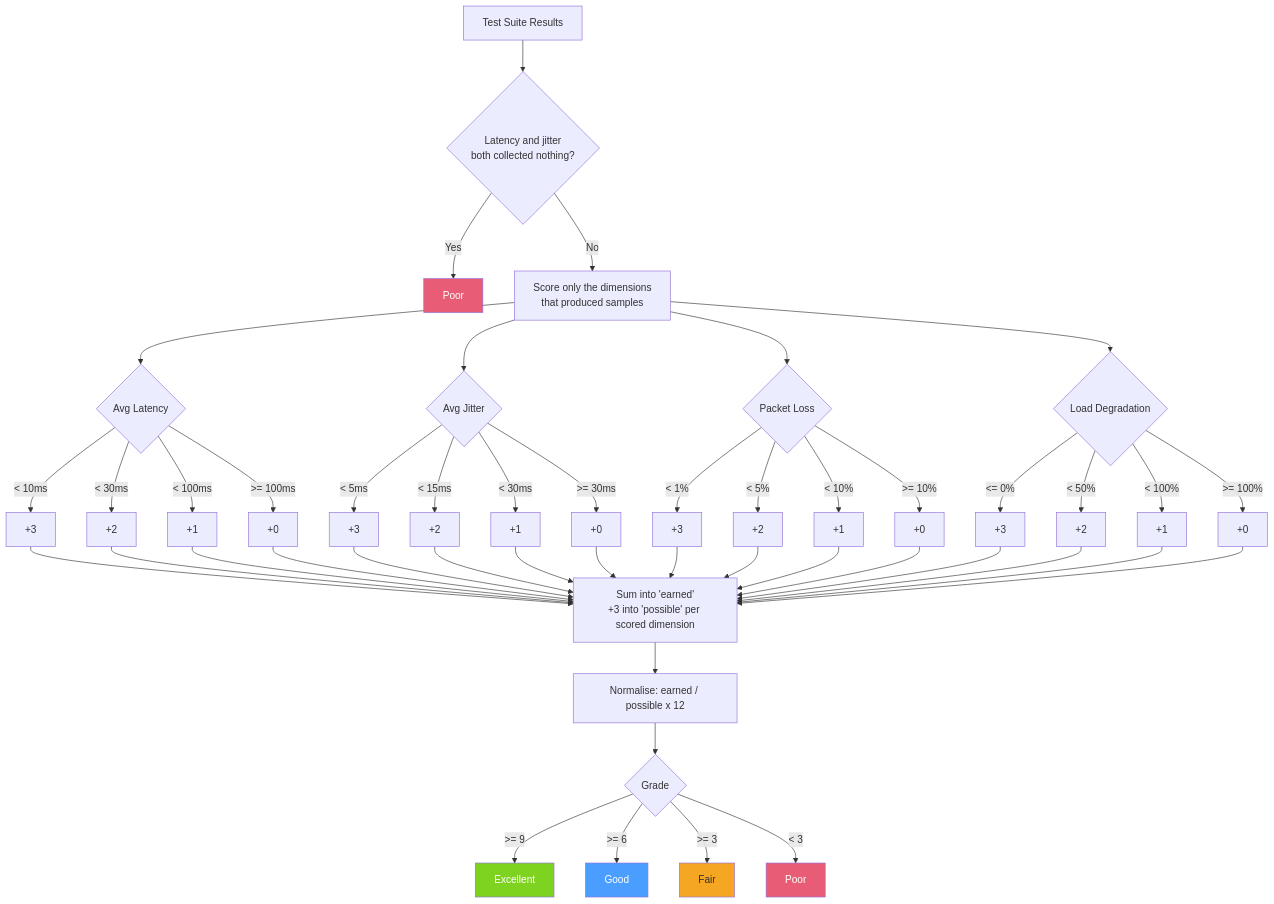
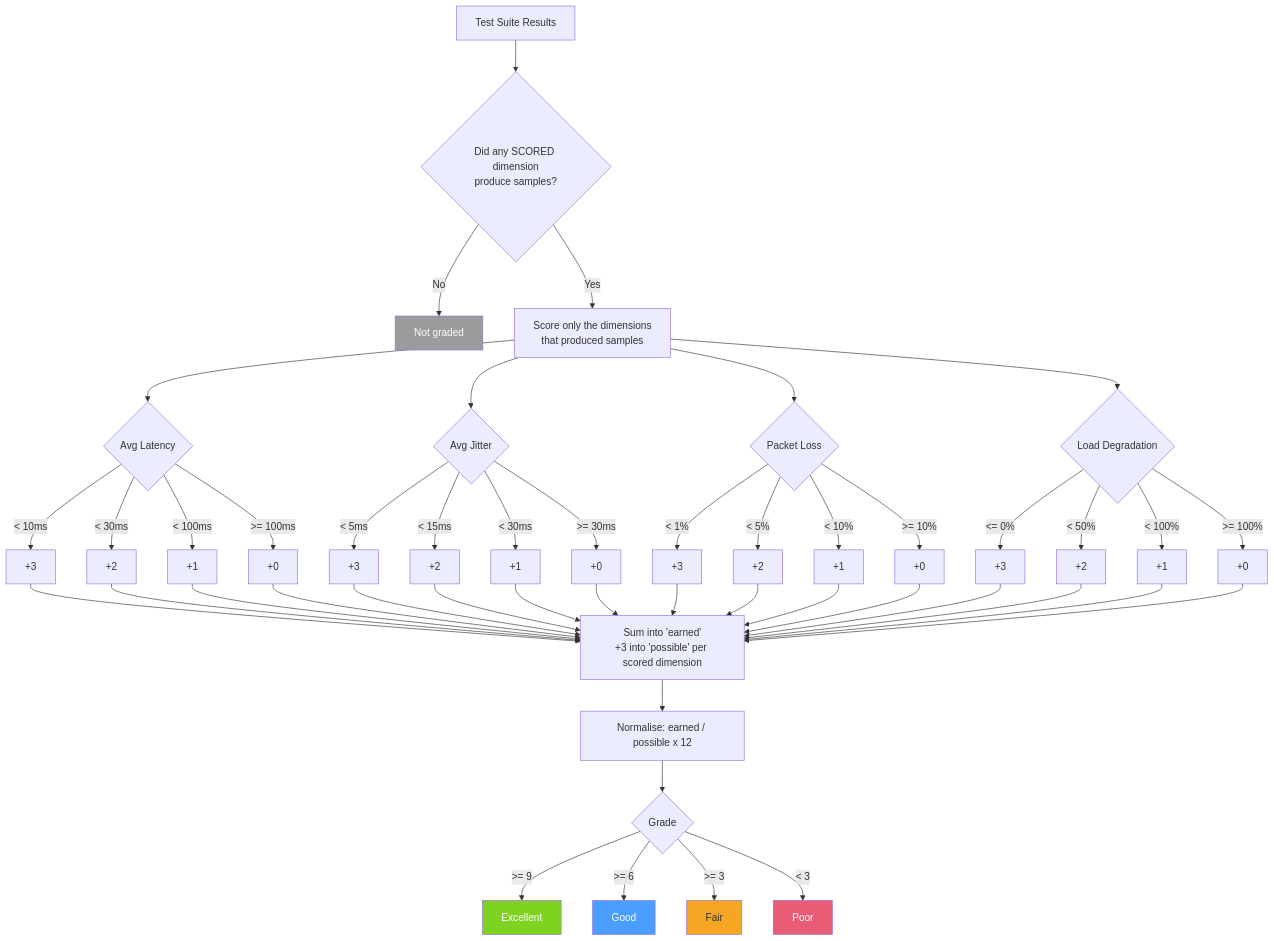
One commit to chrlyons/iPadDx changed the tenth of 11 diagrams in docs/current_architecture.md. Above: the diagram before and after it, drawn with Mermaid. The commit also changed other lines of this file and 16 other files, not shown here.

````diff
--- a/docs/current_architecture.md
+++ b/docs/current_architecture.md
@@ -515,48 +515,48 @@
 ```mermaid
 flowchart TD
-    Results[Test Suite Results] --> Gate{"Latency and jitter<br/>both collected nothing?"}
-    Gate -->|Yes| PoorEarly[Poor]
-    Gate -->|No| Score["Score only the dimensions<br/>that produced samples"]
+    Results[Test Suite Results] --> Gate{"Did any SCORED dimension<br/>produce samples?"}
+    Gate -->|No| NotGraded["Not graded"]
+    Gate -->|Yes| Score["Score only the dimensions<br/>that produced samples"]
 
     Score --> Lat{Avg Latency}
     Lat -->|"< 10ms"| L3[+3]
     Lat -->|"< 30ms"| L2[+2]
     Lat -->|"< 100ms"| L1[+1]
     Lat -->|">= 100ms"| L0[+0]
 
     Score --> Jit{Avg Jitter}
     Jit -->|"< 5ms"| J3[+3]
     Jit -->|"< 15ms"| J2[+2]
     Jit -->|"< 30ms"| J1[+1]
     Jit -->|">= 30ms"| J0[+0]
 
     Score --> PL{Packet Loss}
     PL -->|"< 1%"| P3[+3]
     PL -->|"< 5%"| P2[+2]
     PL -->|"< 10%"| P1[+1]
     PL -->|">= 10%"| P0[+0]
 
     Score --> Deg{Load Degradation}
     Deg -->|"<= 0%"| D3[+3]
     Deg -->|"< 50%"| D2[+2]
     Deg -->|"< 100%"| D1[+1]
     Deg -->|">= 100%"| D0[+0]
 
     L3 & L2 & L1 & L0 --> Total["Sum into 'earned'<br/>+3 into 'possible' per scored dimension"]
     J3 & J2 & J1 & J0 --> Total
     P3 & P2 & P1 & P0 --> Total
     D3 & D2 & D1 & D0 --> Total
 
     Total --> Norm["Normalise: earned / possible x 12"]
     Norm --> Grade{Grade}
     Grade -->|">= 9"| Excellent[Excellent]
     Grade -->|">= 6"| Good[Good]
     Grade -->|">= 3"| Fair[Fair]
     Grade -->|"< 3"| Poor[Poor]
 
     style Excellent fill:#7ed321,color:#fff
     style Good fill:#4a9eff,color:#fff
     style Fair fill:#f5a623,color:#333
     style Poor fill:#e85d75,color:#fff
-    style PoorEarly fill:#e85d75,color:#fff
+    style NotGraded fill:#9b9b9b,color:#fff
 ```
````
